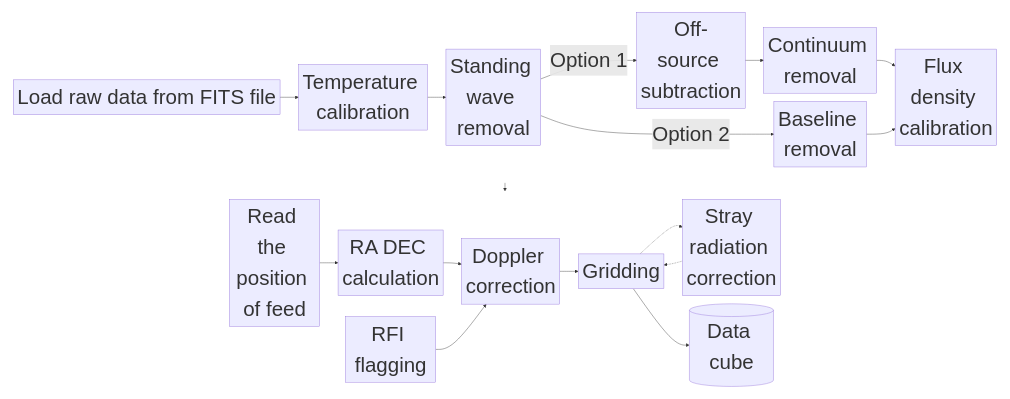
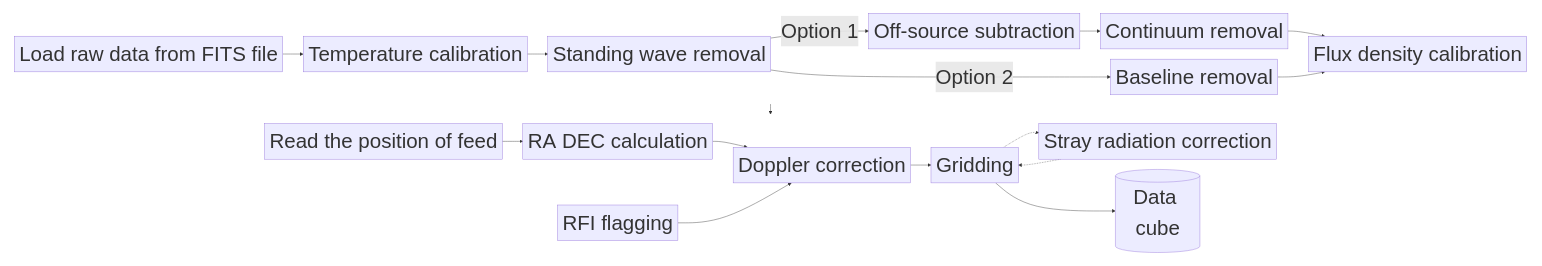
Before and after one commit to jyingjie/hifast-docs: the diagram in docs/source/index.rst, drawn with Mermaid.

Commit message:
Fix Mermaid diagram text wrapping: prevent splitting node labels

```diff
--- a/docs/source/index.rst
+++ b/docs/source/index.rst
@@ -22,62 +22,62 @@
 .. mermaid::
    :caption: This flowchart illustrates the standard data processing workflow in HiFAST, from raw data to final data cubes. While it shows a typical path, remember that these modules are adaptable for custom tasks. (Click on nodes to view detailed documentation)
 
-   %%{init: {'themeVariables': { 'fontSize': '50px'}, 'flowchart': {'nodeSpacing': 20, 'padding': 5, 'rankSpacing': 20, 'diagramPadding': 0}}}%%
+   %%{init: {'themeVariables': { 'fontSize': '50px'}, 'flowchart': {'nodeSpacing': 25, 'padding': 6, 'rankSpacing': 25, 'diagramPadding': 0}}}%%
    flowchart TB
       classDef default font-size:50px;
       %% Define subgraphs to enforce stacked layout
       subgraph TopRow [" "]
          direction LR
          Load["Load&nbsp;raw&nbsp;data&nbsp;from&nbsp;FITS&nbsp;file"]
-         Temp[Temperature calibration]
-         Stand[Standing wave removal]
-         Off[Off-source subtraction]
-         Cont[Continuum removal]
-         Base[Baseline removal]
-         Flux[Flux density calibration]
+         Temp["Temperature&nbsp;calibration"]
+         Stand["Standing&nbsp;wave&nbsp;removal"]
+         Off["Off‑source&nbsp;subtraction"]
+         Cont["Continuum&nbsp;removal"]
+         Base["Baseline&nbsp;removal"]
+         Flux["Flux&nbsp;density&nbsp;calibration"]
 
          Load --> Temp --> Stand
          Stand -- Option 1 --> Off --> Cont --> Flux
          Stand -- Option 2 --> Base --> Flux
       end
 
       subgraph BottomRow [" "]
          direction LR
-         Pos[Read the position of feed]
-         RADEC[RA DEC calculation]
-         Doppler[Doppler correction]
-         RFI[RFI flagging]
-         Stray[Stray radiation correction]
+         Pos["Read&nbsp;the&nbsp;position&nbsp;of&nbsp;feed"]
+         RADEC["RA&nbsp;DEC&nbsp;calculation"]
+         Doppler["Doppler&nbsp;correction"]
+         RFI["RFI&nbsp;flagging"]
+         Stray["Stray&nbsp;radiation&nbsp;correction"]
          Grid[Gridding]
          Cube[(Data cube)]
 
          Pos --> RADEC --> Doppler
          RFI --> Doppler
          Doppler --> Grid
          Stray -.-> Grid
          Grid -.-> Stray
          Grid --> Cube
       end
 
       %% Inter-row connection
       Flux --> RFI
 
       %% Hide subgraph borders/titles
       style TopRow fill:none,stroke:none
       style BottomRow fill:none,stroke:none
 
       %% Links
       click Load "hifast.sep.html"
       click Temp "hifast.sep.html"
       click Stand "hifast.sw.html"
       click Off "hifast.ref.html"
       click Cont "hifast.bld.html"
       click Base "hifast.bld.html"
       click Flux "hifast.flux.html"
       click Pos "hifast.radec.html"
       click RADEC "hifast.radec.html"
       click Doppler "hifast.multi.html"
       click RFI "hifast.rfi.html"
       click Stray "hifast.sr.html"
       click Grid "hifast.cube.html"
       click Cube "hifast.cube.html"
```
